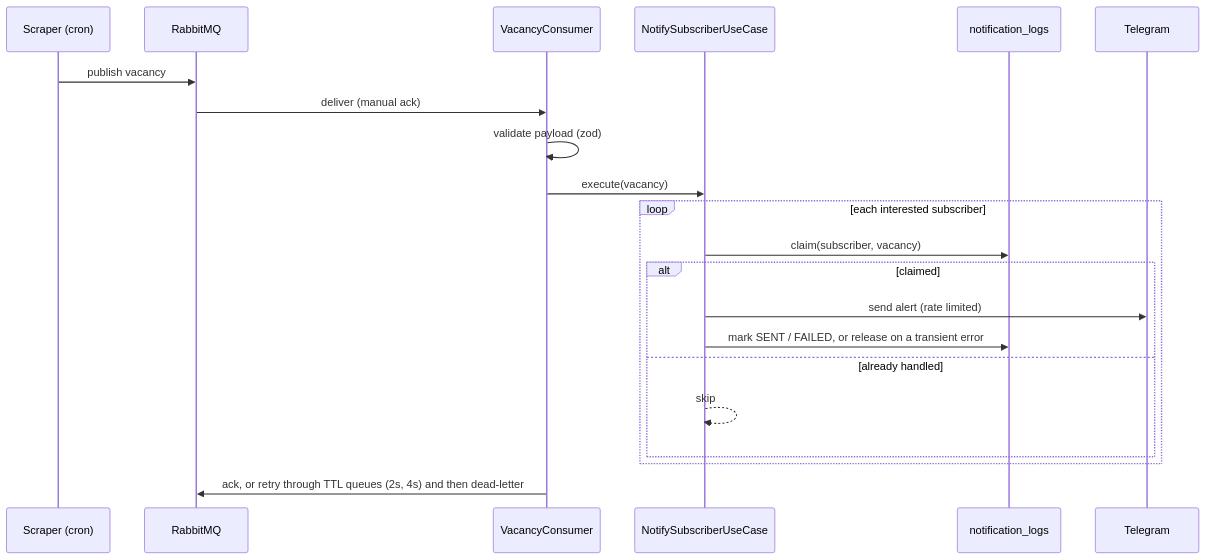
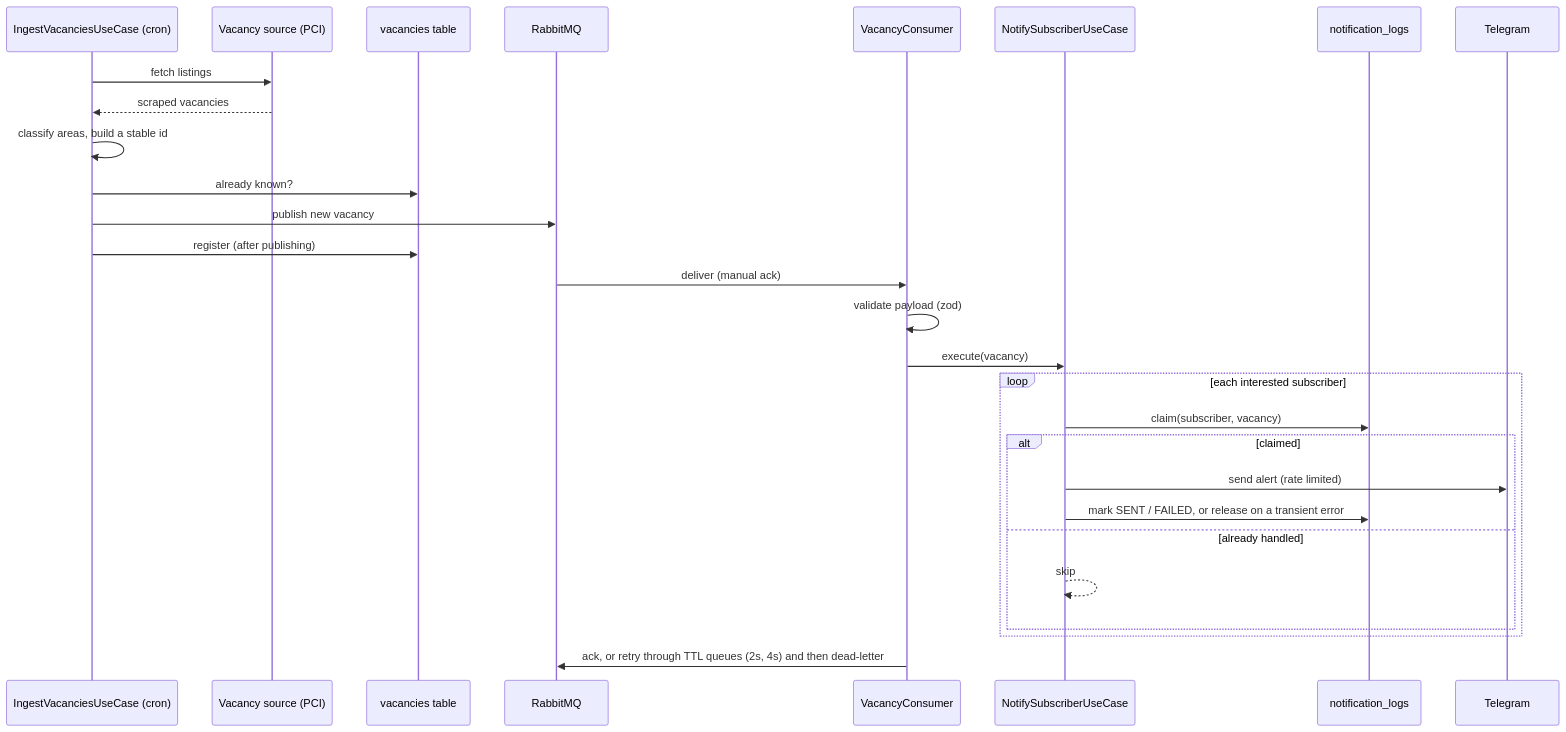
Before and after one commit to TheSupereor/concursoBot: the second of 3 diagrams in docs/architecture.md, drawn with Mermaid. The commit also changed other lines of this file and 37 other files, not shown here.

First line of the commit message:
feat(vacancies): ingest sources with stable ids, persisted dedupe and several areas

````diff
--- a/docs/architecture.md
+++ b/docs/architecture.md
@@ -64,24 +64,31 @@
 ```mermaid
 sequenceDiagram
-  participant Sc as Scraper (cron)
+  participant Sc as IngestVacanciesUseCase (cron)
+  participant Src as Vacancy source (PCI)
+  participant Vac as vacancies table
   participant MQ as RabbitMQ
   participant Co as VacancyConsumer
   participant UC as NotifySubscriberUseCase
   participant Log as notification_logs
   participant Tg as Telegram
 
-  Sc->>MQ: publish vacancy
+  Sc->>Src: fetch listings
+  Src-->>Sc: scraped vacancies
+  Sc->>Sc: classify areas, build a stable id
+  Sc->>Vac: already known?
+  Sc->>MQ: publish new vacancy
+  Sc->>Vac: register (after publishing)
   MQ->>Co: deliver (manual ack)
   Co->>Co: validate payload (zod)
   Co->>UC: execute(vacancy)
   loop each interested subscriber
     UC->>Log: claim(subscriber, vacancy)
     alt claimed
       UC->>Tg: send alert (rate limited)
       UC->>Log: mark SENT / FAILED, or release on a transient error
     else already handled
       UC-->>UC: skip
     end
   end
   Co->>MQ: ack, or retry through TTL queues (2s, 4s) and then dead-letter
 ```
````
